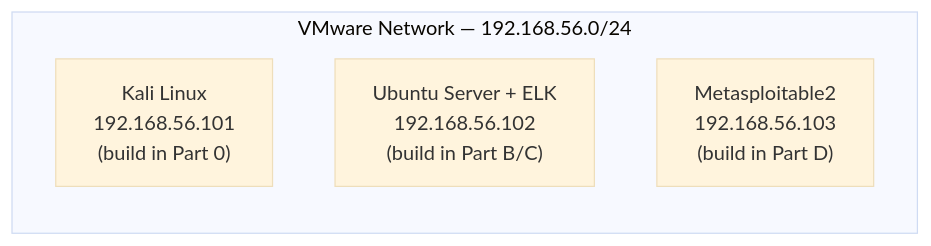
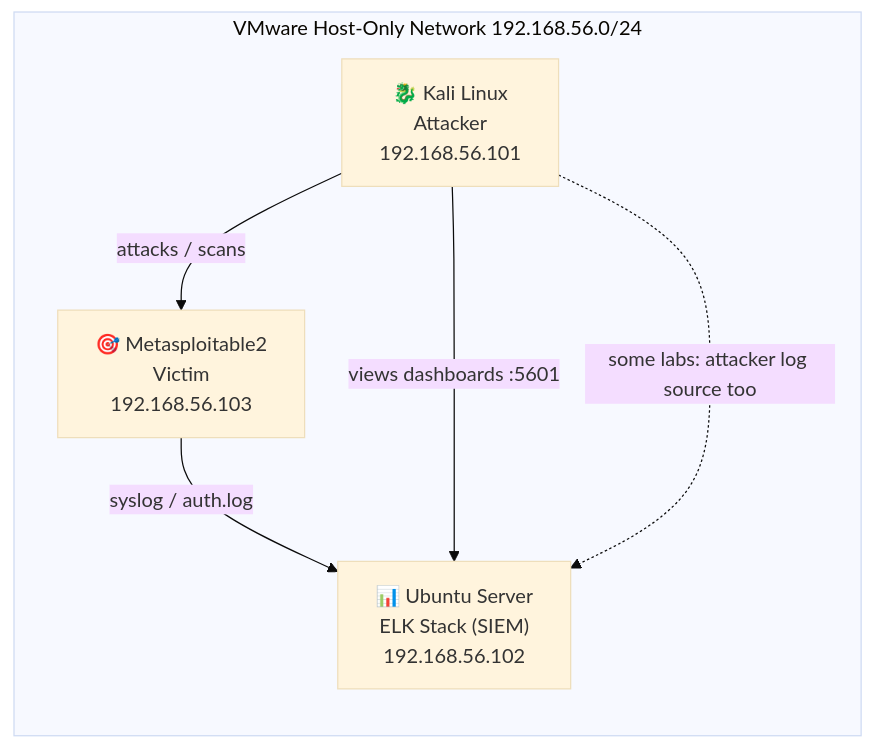
One commit to PurpleDefender249/Purple-Labs changed the diagram in README.md. Above: the diagram before and after it, drawn with Mermaid (base theme). The commit also changed other lines of this file and 25 other files, not shown here.

````diff
--- a/README.md
+++ b/README.md
@@ -8,8 +27,12 @@
 ```mermaid
 flowchart LR
-    subgraph "VMware Network — 192.168.56.0/24"
-        K["Kali Linux\n192.168.56.101\n(build in Part 0)"]
-        U["Ubuntu Server + ELK\n192.168.56.102\n(build in Part B/C)"]
-        M["Metasploitable2\n192.168.56.103\n(build in Part D)"]
+    subgraph VMware Host-Only Network 192.168.56.0/24
+        K["🐉 Kali Linux<br/>Attacker<br/>192.168.56.101"]
+        U["📊 Ubuntu Server<br/>ELK Stack (SIEM)<br/>192.168.56.102"]
+        M["🎯 Metasploitable2<br/>Victim<br/>192.168.56.103"]
     end
+    K -- "attacks / scans" --> M
+    M -- "syslog / auth.log" --> U
+    K -- "views dashboards :5601" --> U
+    K -. "some labs: attacker log source too" .-> U
 ```
````
